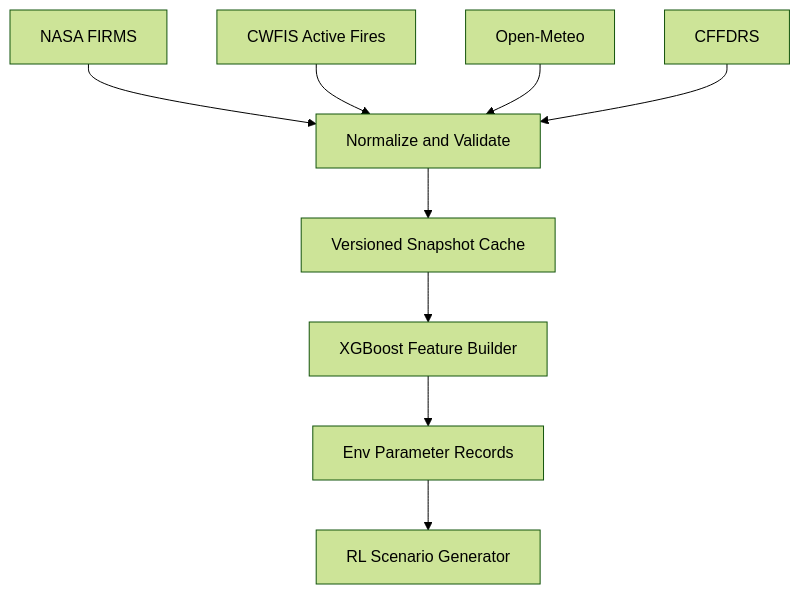
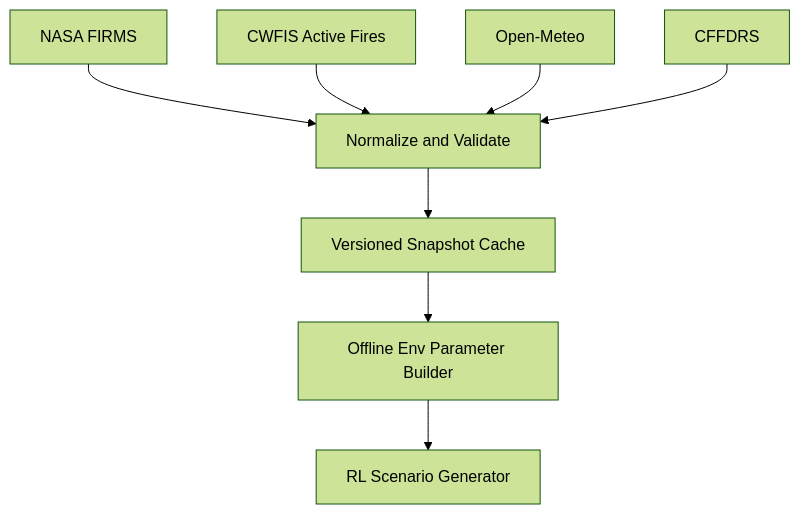
The second of 3 diagrams in docs/planning/impl-plan.md (Thomson-Lam/firebot-eval), drawn with Mermaid (forest theme) before and after one commit. The commit also changed other lines of this file and 12 other files, not shown here.

````diff
--- a/docs/planning/impl-plan.md
+++ b/docs/planning/impl-plan.md
@@ -311,11 +316,10 @@
 ```mermaid
 flowchart TD
     A[NASA FIRMS] --> N[Normalize and Validate]
     B[CWFIS Active Fires] --> N
     C[Open-Meteo] --> N
     D[CFFDRS] --> N
     N --> S[Versioned Snapshot Cache]
-    S --> X[XGBoost Feature Builder]
-    X --> P[Env Parameter Records]
+    S --> P[Offline Env Parameter Builder]
     P --> E[RL Scenario Generator]
 ```
````
